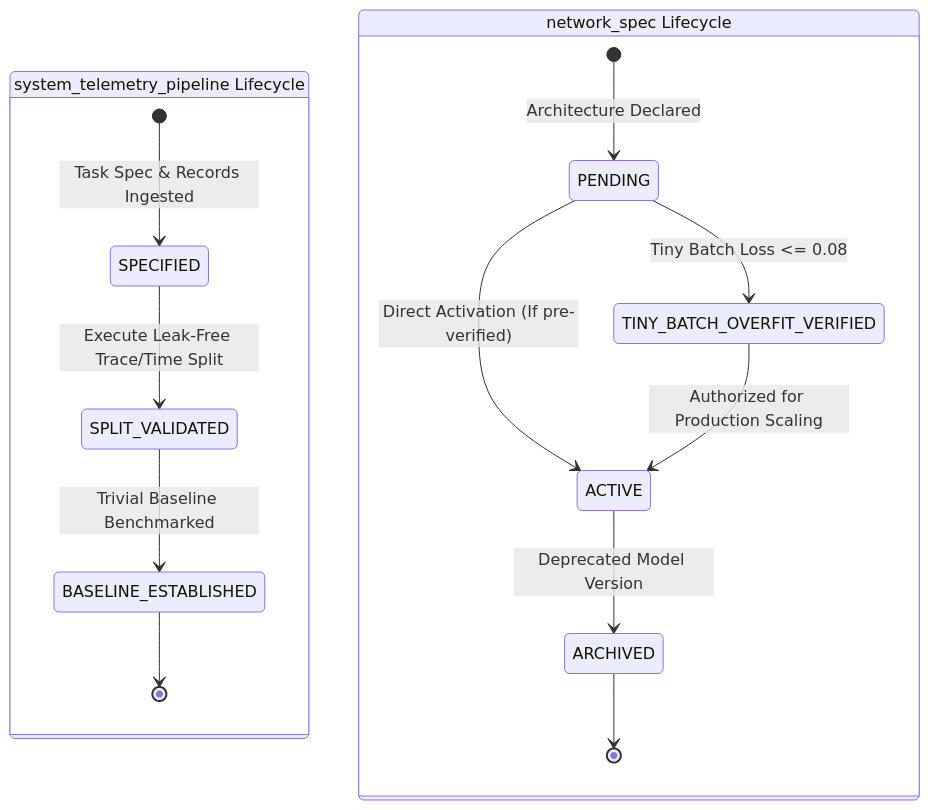
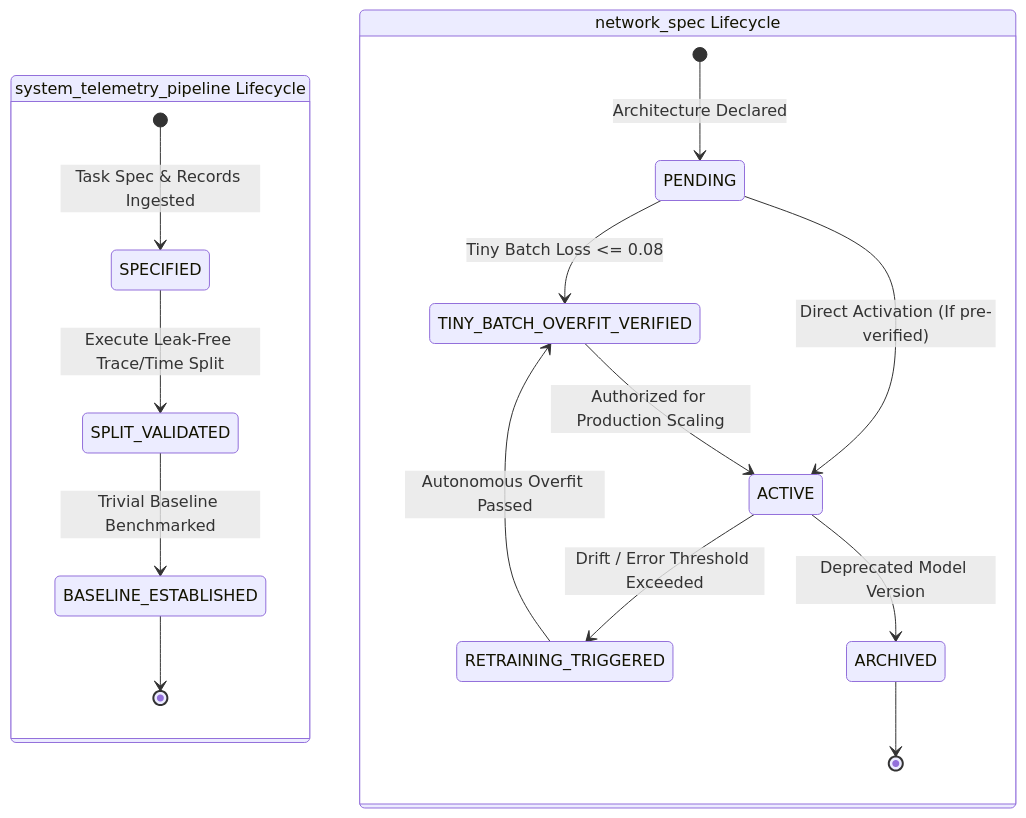
Before and after one commit to Chief-Strategist-J/llm-obs-neural-network-design: the second of 3 diagrams in adr/0001-distributed-systems-telemetry-pipeline-and-baselines.md, drawn with Mermaid. The commit also changed other lines of this file, not shown here.

Commit message:
docs(adr): update ADR-0001 with autonomous self-learning closed loop, configuration specs, and complete component relationships

````diff
--- a/adr/0001-distributed-systems-telemetry-pipeline-and-baselines.md
+++ b/adr/0001-distributed-systems-telemetry-pipeline-and-baselines.md
@@ -113,18 +198,20 @@
 ```mermaid
 stateDiagram-v2
     state "system_telemetry_pipeline Lifecycle" as Pipeline {
         [*] --> SPECIFIED: Task Spec & Records Ingested
         SPECIFIED --> SPLIT_VALIDATED: Execute Leak-Free Trace/Time Split
         SPLIT_VALIDATED --> BASELINE_ESTABLISHED: Trivial Baseline Benchmarked
         BASELINE_ESTABLISHED --> [*]
     }
 
     state "network_spec Lifecycle" as Spec {
         [*] --> PENDING: Architecture Declared
         PENDING --> TINY_BATCH_OVERFIT_VERIFIED: Tiny Batch Loss <= 0.08
         PENDING --> ACTIVE: Direct Activation (If pre-verified)
         TINY_BATCH_OVERFIT_VERIFIED --> ACTIVE: Authorized for Production Scaling
+        ACTIVE --> RETRAINING_TRIGGERED: Drift / Error Threshold Exceeded
+        RETRAINING_TRIGGERED --> TINY_BATCH_OVERFIT_VERIFIED: Autonomous Overfit Passed
         ACTIVE --> ARCHIVED: Deprecated Model Version
         ARCHIVED --> [*]
     }
 ```
````
